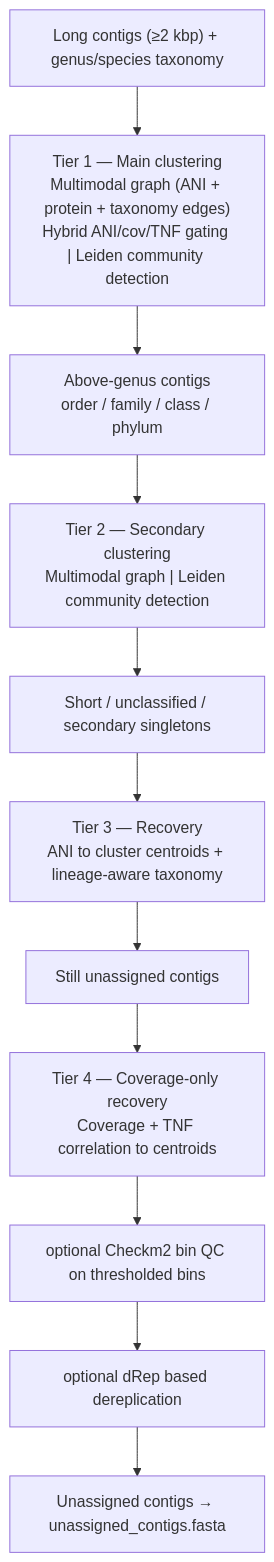
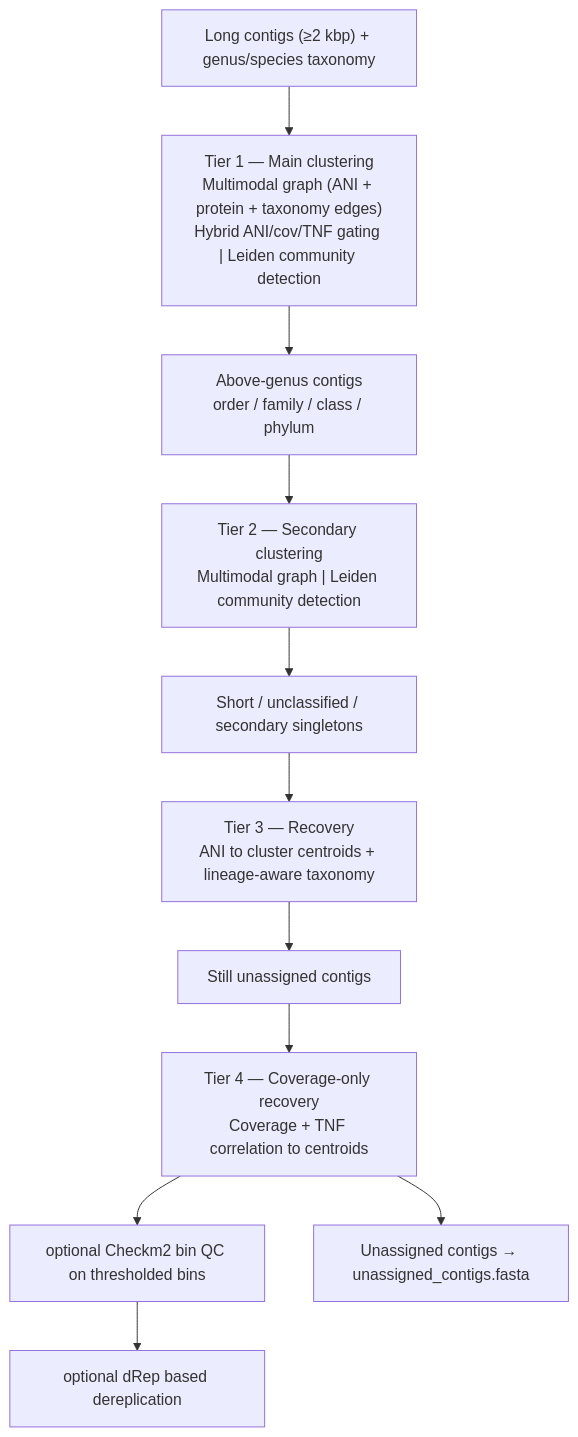
Before and after one commit to harish0201/tritanc: the diagram in README.md, drawn with Mermaid.

Commit message:
Fix links in README for optional QC and dereplication

````diff
--- a/README.md
+++ b/README.md
@@ -325,15 +325,15 @@
 ```mermaid
 flowchart TD
     A["Long contigs (≥2 kbp) + genus/species taxonomy"]
     --> B["Tier 1 — Main clustering\nMultimodal graph (ANI + protein + taxonomy edges)\nHybrid ANI/cov/TNF gating | Leiden community detection"]
     --> C["Above-genus contigs\norder / family / class / phylum"]
     --> D["Tier 2 — Secondary clustering\nMultimodal graph | Leiden community detection"]
     --> E["Short / unclassified / secondary singletons"]
     --> F["Tier 3 — Recovery\nANI to cluster centroids + lineage-aware taxonomy"]
     --> G["Still unassigned contigs"]
     --> H["Tier 4 — Coverage-only recovery\nCoverage + TNF correlation to centroids"]
-    --> J["optional Checkm2 bin QC on thresholded bins"]
-    --> K["optional dRep based dereplication"]
-    --> I["Unassigned contigs → unassigned_contigs.fasta"]
+    H --> J["optional Checkm2 bin QC on thresholded bins"]
+    J --> K["optional dRep based dereplication"]
+    H --> I["Unassigned contigs → unassigned_contigs.fasta"]
     
 ```
````
